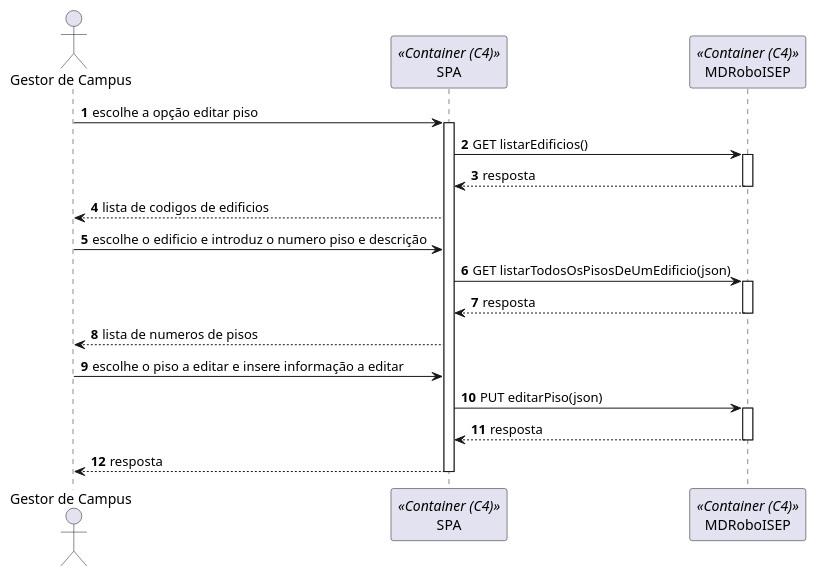
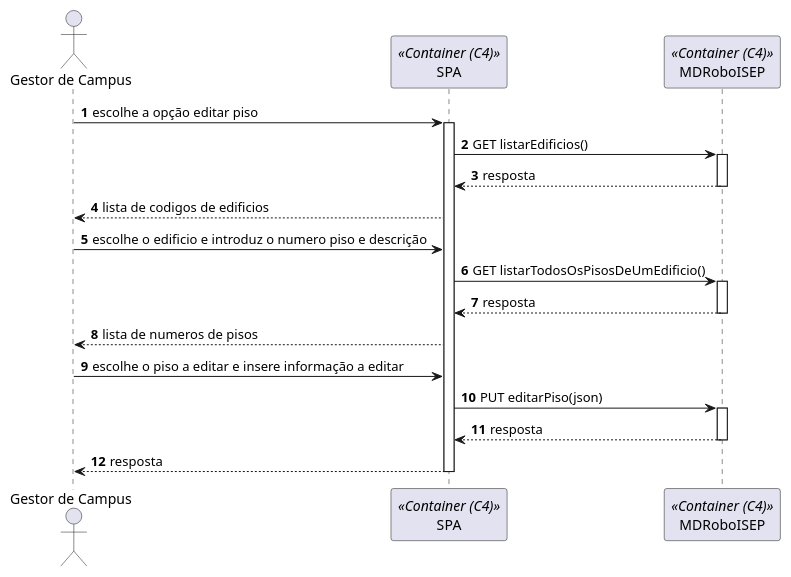
One commit to SEM5PI2324G58/sem5pi_g58_23_24 changed the diagram in docs/Sprint_B/US_1110/N2/US1110_VP.puml. Above: the diagram before and after it, drawn with PlantUML. The commit also changed 3 other files, not shown here.

```diff
--- a/docs/Sprint_B/US_1110/N2/US1110_VP.puml
+++ b/docs/Sprint_B/US_1110/N2/US1110_VP.puml
@@ -1,23 +1,23 @@
 autonumber
 
 actor "Gestor de Campus" as ator
 participant SPA as fe <<Container (C4)>>
 participant MDRoboISEP as md <<Container (C4)>>
 
 
 ator -> fe: escolhe a opção editar piso
 activate fe
 fe -> md: GET listarEdificios()
 activate md
 return resposta
 ator <-- fe: lista de codigos de edificios
 ator -> fe: escolhe o edificio e introduz o numero piso e descrição
-fe -> md: GET listarTodosOsPisosDeUmEdificio(json)
+fe -> md: GET listarTodosOsPisosDeUmEdificio()
 activate md
 return resposta
 ator <-- fe: lista de numeros de pisos
 ator -> fe: escolhe o piso a editar e insere informação a editar
 fe	-> md: PUT editarPiso(json)
 activate md
 return resposta
 return resposta
```
